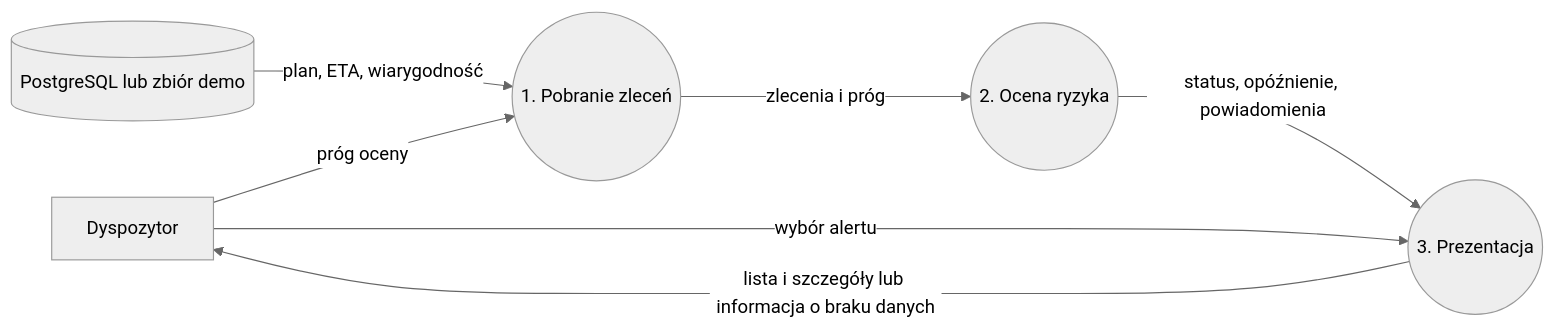
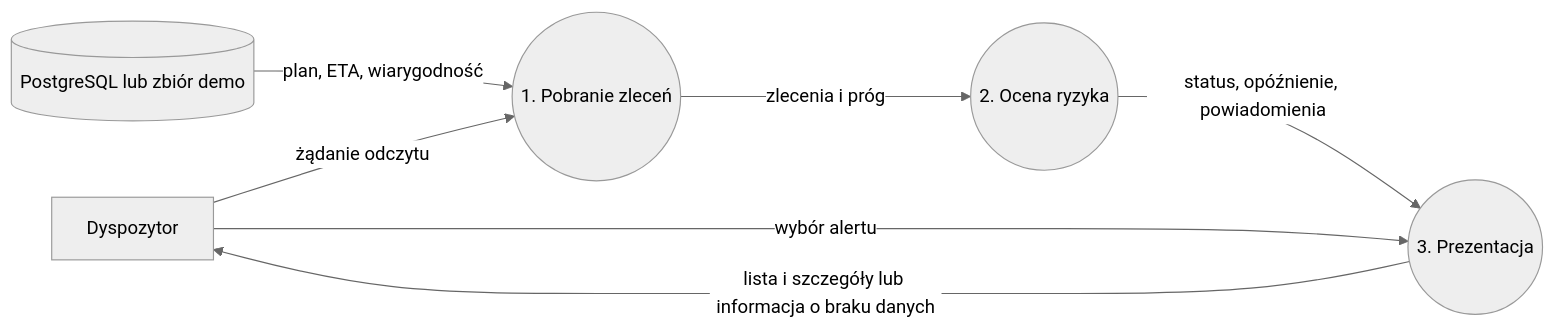
The fifth of 6 diagrams in docs/architektura.md (nossixd/5f-outpost), drawn with Mermaid (neutral theme) before and after one commit. The commit also changed other lines of this file and 16 other files, not shown here.

````diff
--- a/docs/architektura.md
+++ b/docs/architektura.md
@@ -97,9 +105,9 @@
 ```mermaid
 flowchart LR
-    U[Dyspozytor] -->|próg oceny| P1((1. Pobranie zleceń))
+    U[Dyspozytor] -->|żądanie odczytu| P1((1. Pobranie zleceń))
     D[(PostgreSQL lub zbiór demo)] -->|plan, ETA, wiarygodność| P1
     P1 -->|zlecenia i próg| P2((2. Ocena ryzyka))
     P2 -->|status, opóźnienie, powiadomienia| P3((3. Prezentacja))
     U -->|wybór alertu| P3
     P3 -->|lista i szczegóły lub informacja o braku danych| U
 ```
````
